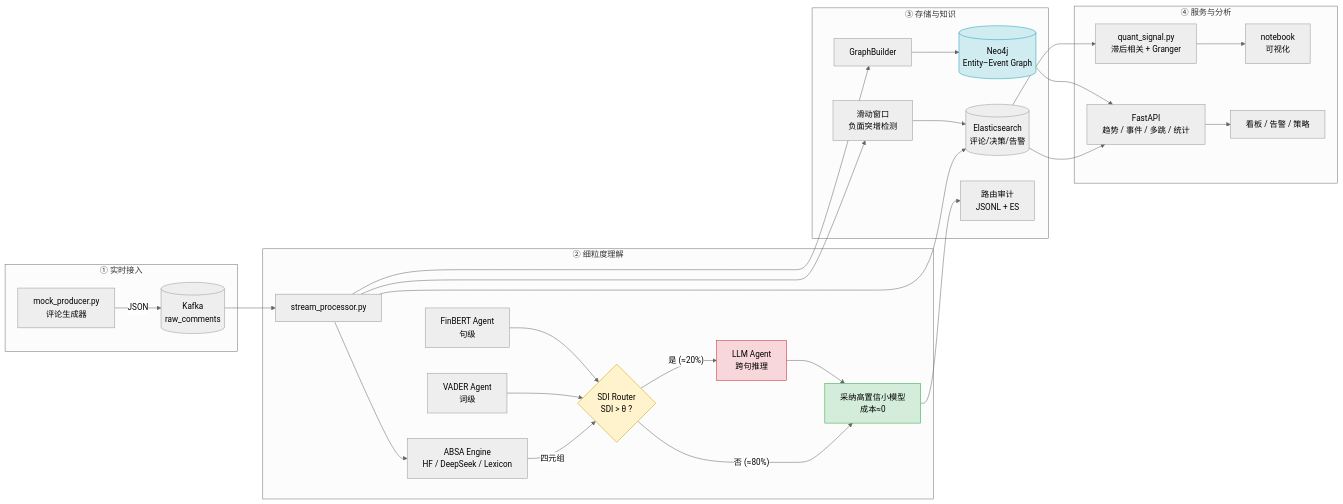
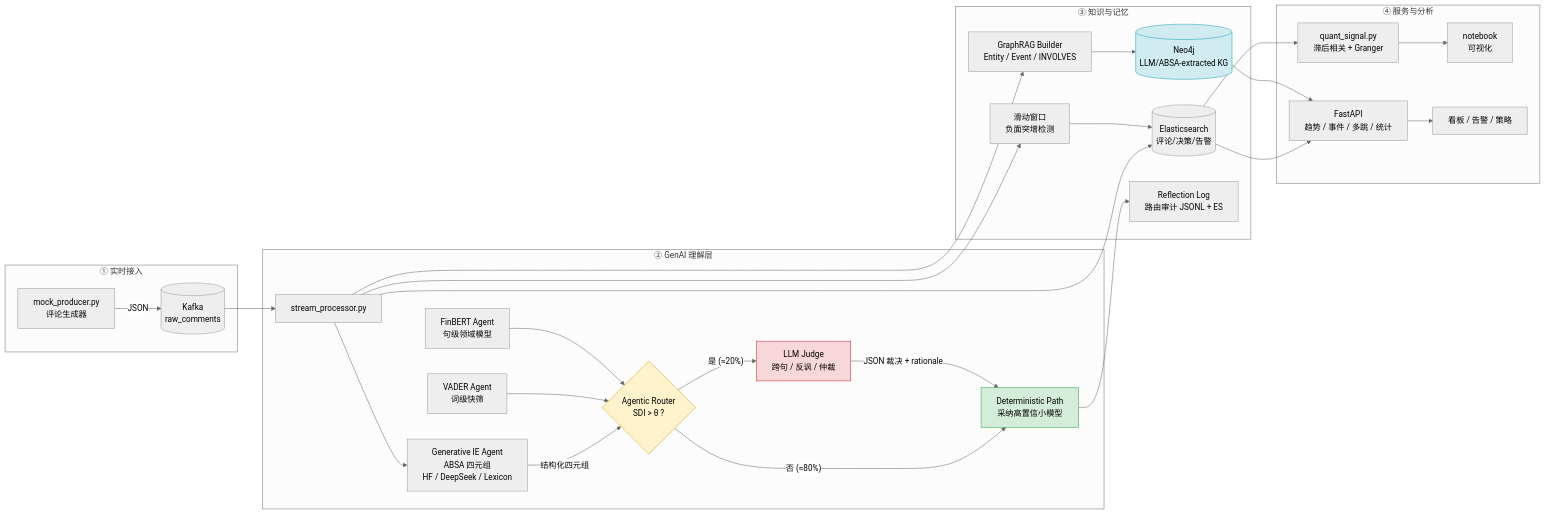
The second of 5 diagrams in README.md (DingBangBang/opinion-and-event-graph-system), drawn with Mermaid (neutral theme) before and after one commit. The commit also changed other lines of this file, not shown here.

Commit message:
docs: reposition as GenAI-native system with LLM-as-Judge, Generative IE and GraphRAG

````diff
--- a/README.md
+++ b/README.md
@@ -70,49 +141,49 @@
 ```mermaid
 flowchart LR
     subgraph INGEST["① 实时接入"]
         P["mock_producer.py<br/>评论生成器"]
         K[("Kafka<br/>raw_comments")]
         P -->|JSON| K
     end
 
-    subgraph NLP["② 细粒度理解"]
+    subgraph NLP["② GenAI 理解层"]
         S["stream_processor.py"]
-        A["ABSA Engine<br/>HF / DeepSeek / Lexicon"]
-        V["VADER Agent<br/>词级"]
-        F["FinBERT Agent<br/>句级"]
-        L["LLM Agent<br/>跨句推理"]
-        R{"SDI Router<br/>SDI > θ ?"}
+        A["Generative IE Agent<br/>ABSA 四元组<br/>HF / DeepSeek / Lexicon"]
+        V["VADER Agent<br/>词级快筛"]
+        F["FinBERT Agent<br/>句级领域模型"]
+        L["LLM Judge<br/>跨句 / 反讽 / 仲裁"]
+        R{"Agentic Router<br/>SDI > θ ?"}
         K --> S --> A
-        A -->|四元组| R
+        A -->|结构化四元组| R
         V --> R
         F --> R
-        R -->|"否 (≈80%)"| D["采纳高置信小模型<br/>成本≈0"]
+        R -->|"否 (≈80%)"| D["Deterministic Path<br/>采纳高置信小模型"]
         R -->|"是 (≈20%)"| L
-        L --> D
+        L -->|"JSON 裁决 + rationale"| D
     end
 
-    subgraph STORE["③ 存储与知识"]
+    subgraph STORE["③ 知识与记忆"]
         E[("Elasticsearch<br/>评论/决策/告警")]
-        G[("Neo4j<br/>Entity–Event Graph")]
+        G[("Neo4j<br/>LLM/ABSA-extracted KG")]
         W["滑动窗口<br/>负面突增检测"]
         S --> E
         S --> W --> E
-        S --> GB["GraphBuilder"] --> G
-        D --> AUD["路由审计<br/>JSONL + ES"]
+        S --> GB["GraphRAG Builder<br/>Entity / Event / INVOLVES"] --> G
+        D --> AUD["Reflection Log<br/>路由审计 JSONL + ES"]
     end
 
     subgraph SERVE["④ 服务与分析"]
         API["FastAPI<br/>趋势 / 事件 / 多跳 / 统计"]
         Q["quant_signal.py<br/>滞后相关 + Granger"]
         NB["notebook<br/>可视化"]
         E --> API
         G --> API
         E --> Q --> NB
         API --> U["看板 / 告警 / 策略"]
     end
 
     style R fill:#fff3cd,stroke:#d39e00
     style L fill:#f8d7da,stroke:#c82333
     style D fill:#d4edda,stroke:#28a745
     style G fill:#d1ecf1,stroke:#17a2b8
 ```
````
